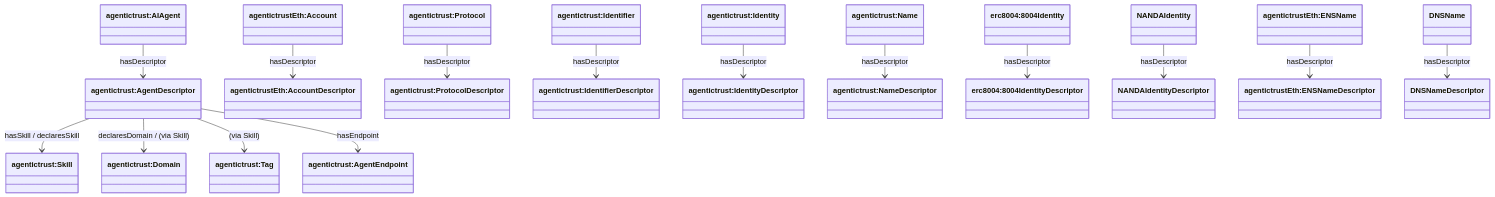
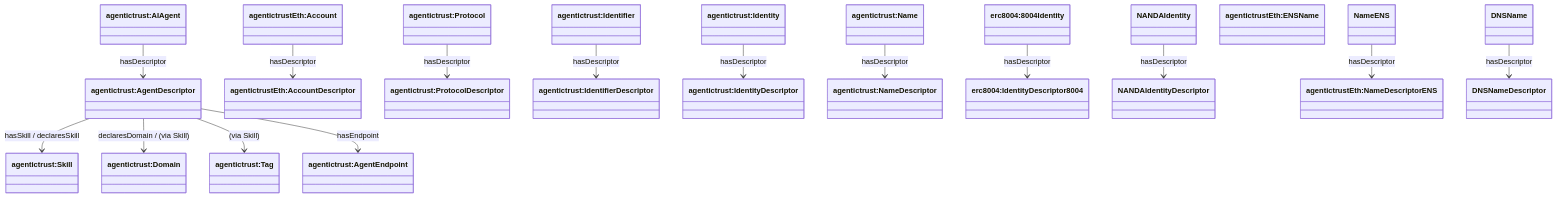
Before and after one commit to Agentic-Trust-Layer/agent-explorer: the diagram in docs/ontology/discovery.md, drawn with Mermaid. The commit also changed other lines of this file and 13 other files, not shown here.

````diff
--- a/docs/ontology/discovery.md
+++ b/docs/ontology/discovery.md
@@ -49,47 +49,47 @@
 ```mermaid
 classDiagram
 direction TB
 
 class AIAgent["agentictrust:AIAgent"]
 class Account["agentictrustEth:Account"]
 class Protocol["agentictrust:Protocol"]
 class Identifier["agentictrust:Identifier"]
 class Identity["agentictrust:Identity"]
 class Name["agentictrust:Name"]
 class Identity8004["erc8004:8004Identity"]
 class NANDAIdentity["NANDAIdentity"]
 class ENSName["agentictrustEth:ENSName"]
 class DNSName["DNSName"]
 
 class AgentDescriptor["agentictrust:AgentDescriptor"]
 class AccountDescriptor["agentictrustEth:AccountDescriptor"]
 class ProtocolDescriptor["agentictrust:ProtocolDescriptor"]
 class IdentifierDescriptor["agentictrust:IdentifierDescriptor"]
 class IdentityDescriptor["agentictrust:IdentityDescriptor"]
 class NameDescriptor["agentictrust:NameDescriptor"]
-class Identity8004Descriptor["erc8004:8004IdentityDescriptor"]
+class Identity8004Descriptor["erc8004:IdentityDescriptor8004"]
 class NANDAIdentityDescriptor["NANDAIdentityDescriptor"]
-class ENSNameDescriptor["agentictrustEth:ENSNameDescriptor"]
+class NameDescriptorENS["agentictrustEth:NameDescriptorENS"]
 class DNSNameDescriptor["DNSNameDescriptor"]
 
 class Skill["agentictrust:Skill"]
 class Domain["agentictrust:Domain"]
 class Tag["agentictrust:Tag"]
 class Endpoint["agentictrust:AgentEndpoint"]
 
 AIAgent --> AgentDescriptor : hasDescriptor
 Account --> AccountDescriptor : hasDescriptor
 Protocol --> ProtocolDescriptor : hasDescriptor
 Identifier --> IdentifierDescriptor : hasDescriptor
 Identity --> IdentityDescriptor : hasDescriptor
 Name --> NameDescriptor : hasDescriptor
 Identity8004 --> Identity8004Descriptor : hasDescriptor
 NANDAIdentity --> NANDAIdentityDescriptor : hasDescriptor
-ENSName --> ENSNameDescriptor : hasDescriptor
+NameENS --> NameDescriptorENS : hasDescriptor
 DNSName --> DNSNameDescriptor : hasDescriptor
 
 AgentDescriptor --> Skill : hasSkill / declaresSkill
 AgentDescriptor --> Domain : declaresDomain / (via Skill)
 AgentDescriptor --> Tag : (via Skill)
 AgentDescriptor --> Endpoint : hasEndpoint
 ```
````
